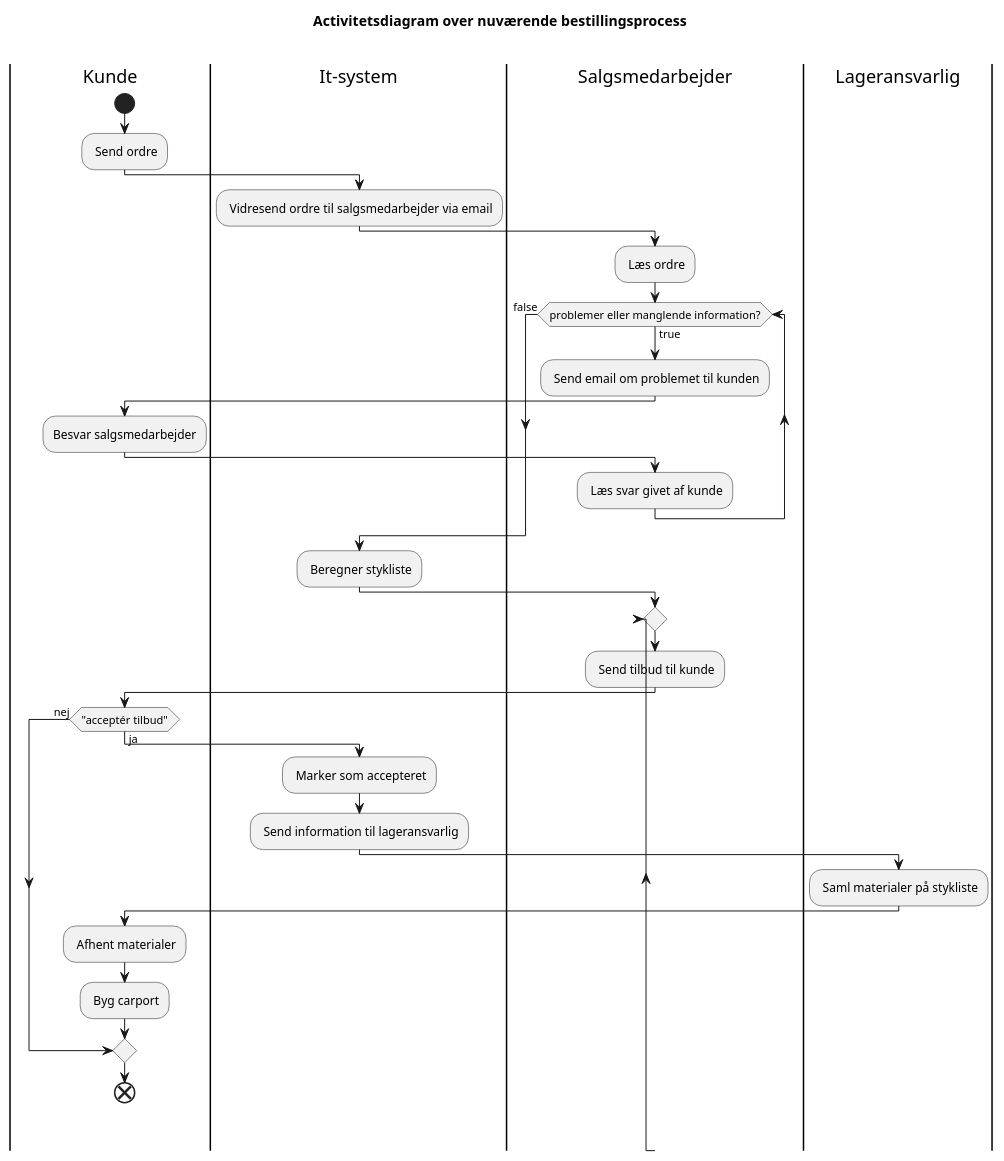
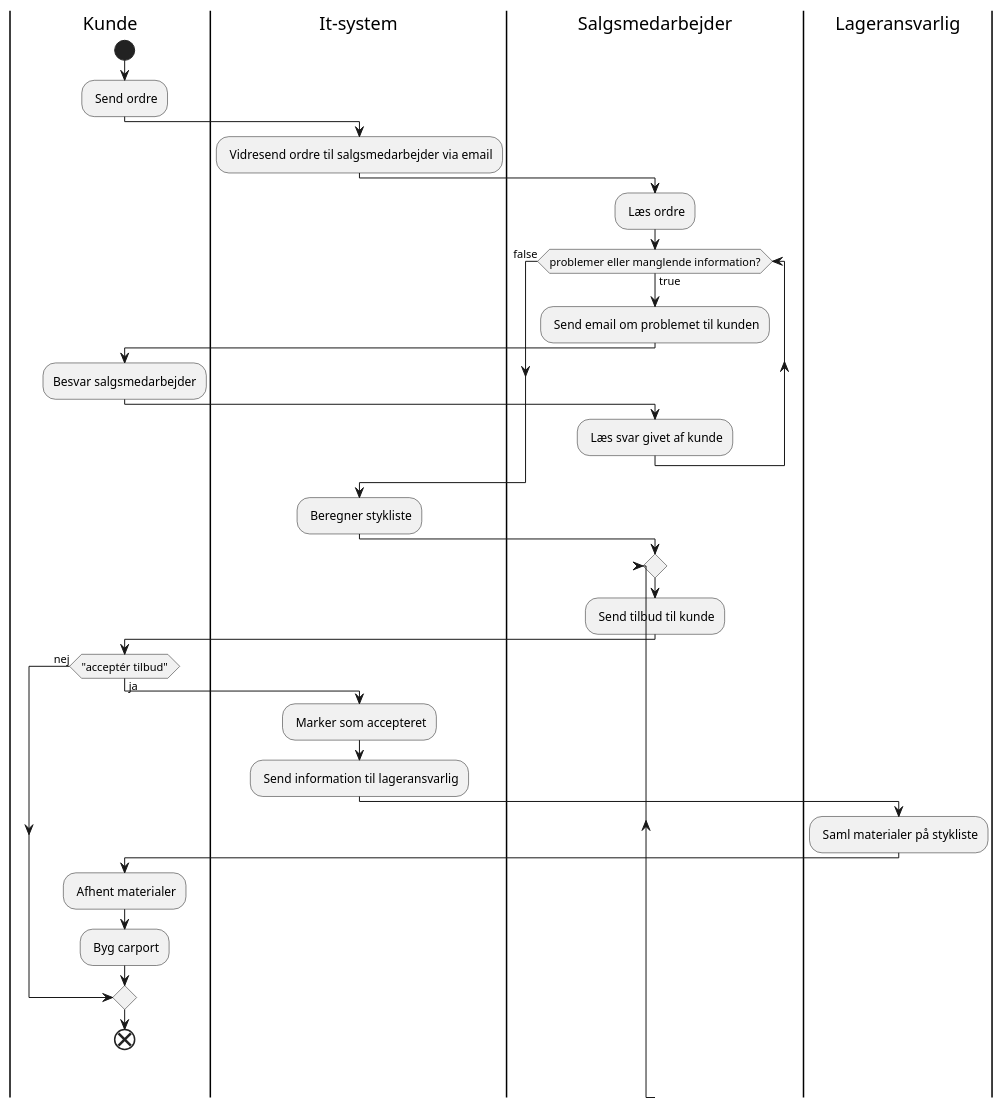
Before and after one commit to Thomas-Rosenkrans-Vestergaard/fog: the diagram in documentation/to_be_activity.puml, drawn with PlantUML.

Commit message:
updated activity diagrams

```diff
--- a/documentation/to_be_activity.puml
+++ b/documentation/to_be_activity.puml
@@ -1,37 +1,35 @@
 @startuml
-
-title Activitetsdiagram over nuværende bestillingsprocess \n
 
 |Kunde|
 start
 : Send ordre;
 |It-system|
 : Vidresend ordre til salgsmedarbejder via email;
 |Salgsmedarbejder|
 : Læs ordre;
 while (problemer eller manglende information?) is (true)
     : Send email om problemet til kunden;
     |Kunde|
     :Besvar salgsmedarbejder;
     |Salgsmedarbejder|
     : Læs svar givet af kunde;
 endwhile (false)
 |It-system|
 : Beregner stykliste;
 |Salgsmedarbejder|
 repeat
 : Send tilbud til kunde;
 |Kunde|
 if ("acceptér tilbud") then (ja)
 |It-system|
 : Marker som accepteret;
 : Send information til lageransvarlig;
 |Lageransvarlig|
 : Saml materialer på stykliste;
 |Kunde|
 : Afhent materialer;
 : Byg carport;
 else (nej)
 endif
 end
 @enduml
```
